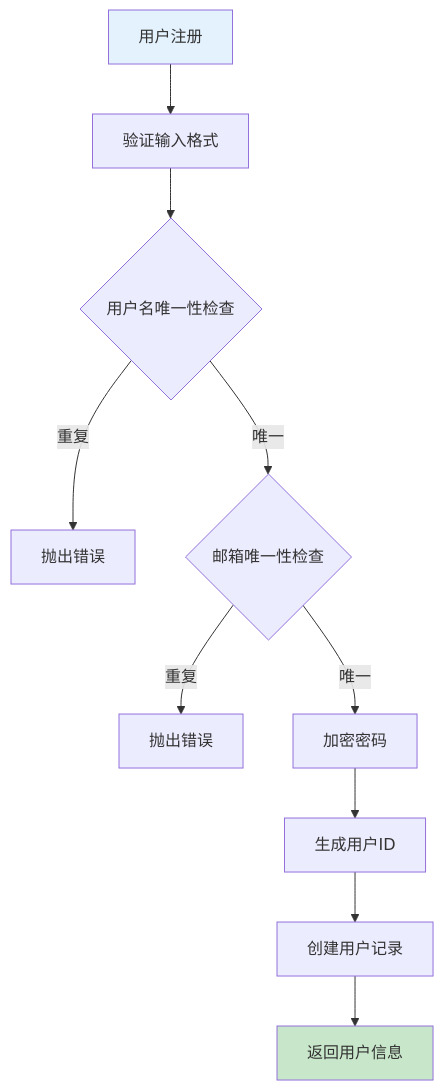
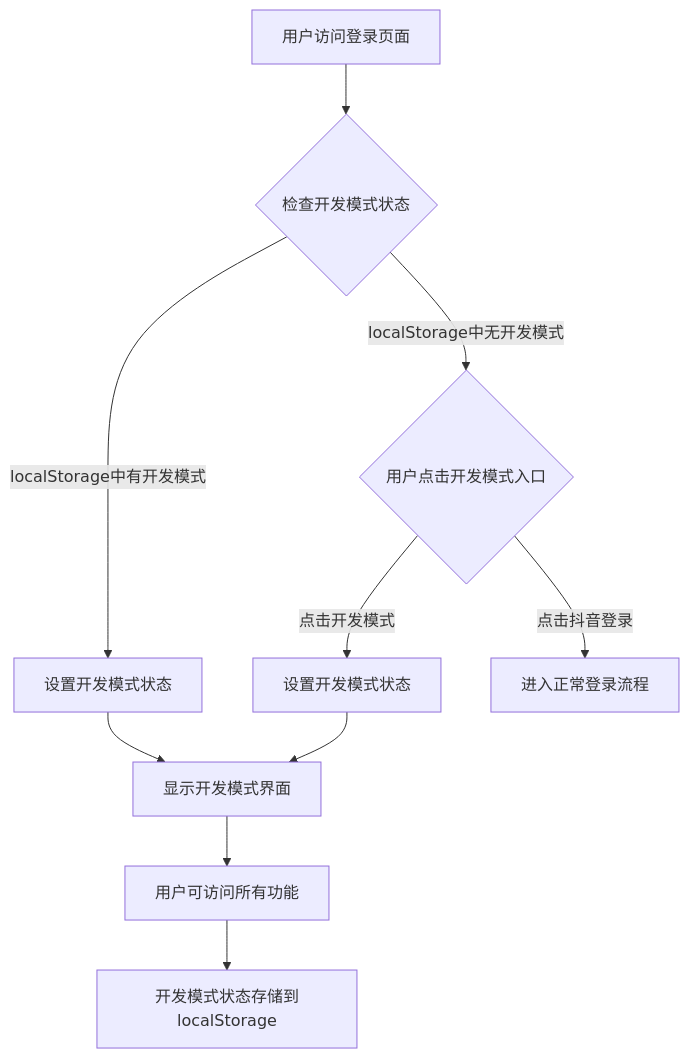
Before and after one commit to songdiyang/clawOperations: the tenth of 13 diagrams in .qoder/repowiki/zh/content/核心模块详解/Web界面系统/登录注册页面.md, drawn with Mermaid. The commit also changed other lines of this file and 52 other files, not shown here.

````diff
--- a/.qoder/repowiki/zh/content/核心模块详解/Web界面系统/登录注册页面.md
+++ b/.qoder/repowiki/zh/content/核心模块详解/Web界面系统/登录注册页面.md
@@ -266,14 +415,12 @@
 ```mermaid
 flowchart TD
-A[用户注册] --> B[验证输入格式]
-B --> C{用户名唯一性检查}
-C --> |重复| D[抛出错误]
-C --> |唯一| E{邮箱唯一性检查}
-E --> |重复| F[抛出错误]
-E --> |唯一| G[加密密码]
-G --> H[生成用户ID]
-H --> I[创建用户记录]
-I --> J[返回用户信息]
-style A fill:#e3f2fd
-style J fill:#c8e6c9
+A[用户访问登录页面] --> B{检查开发模式状态}
+B --> |localStorage中有开发模式| C[设置开发模式状态]
+B --> |localStorage中无开发模式| D{用户点击开发模式入口}
+D --> |点击开发模式| E[设置开发模式状态]
+D --> |点击抖音登录| F[进入正常登录流程]
+C --> G[显示开发模式界面]
+E --> G
+G --> H[用户可访问所有功能]
+H --> I[开发模式状态存储到localStorage]
 ```
````
